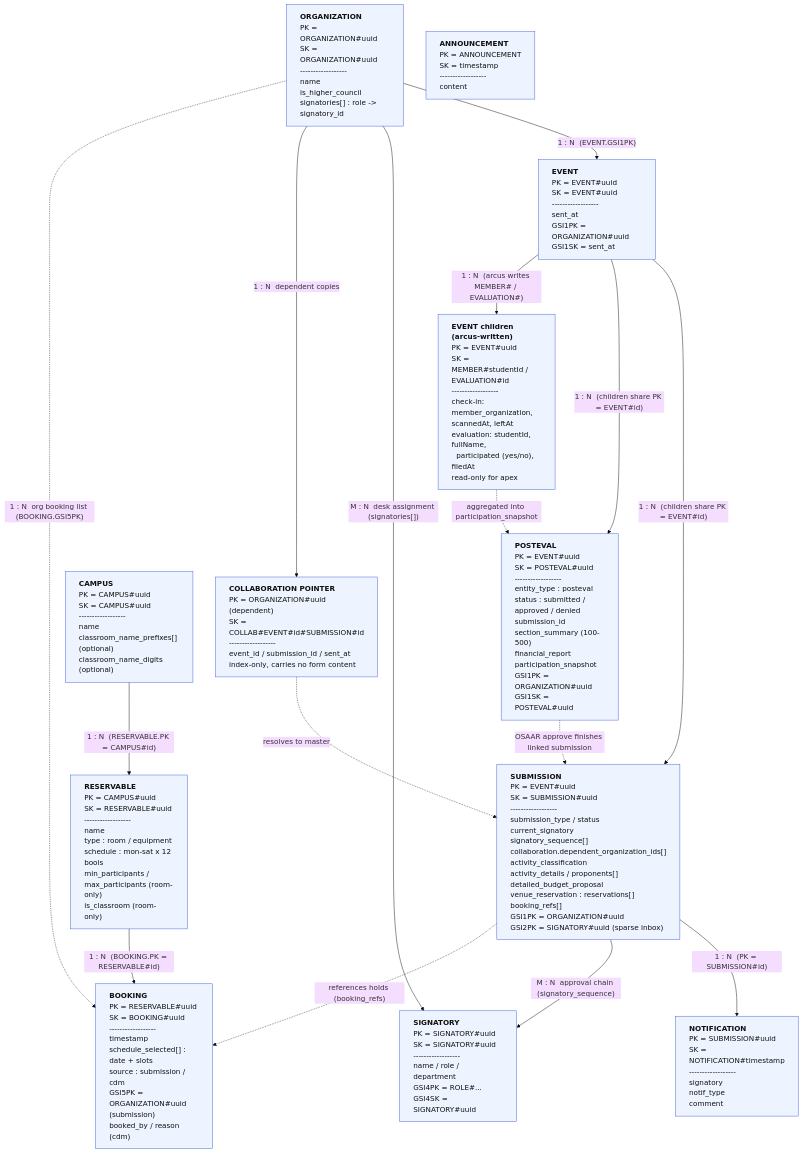
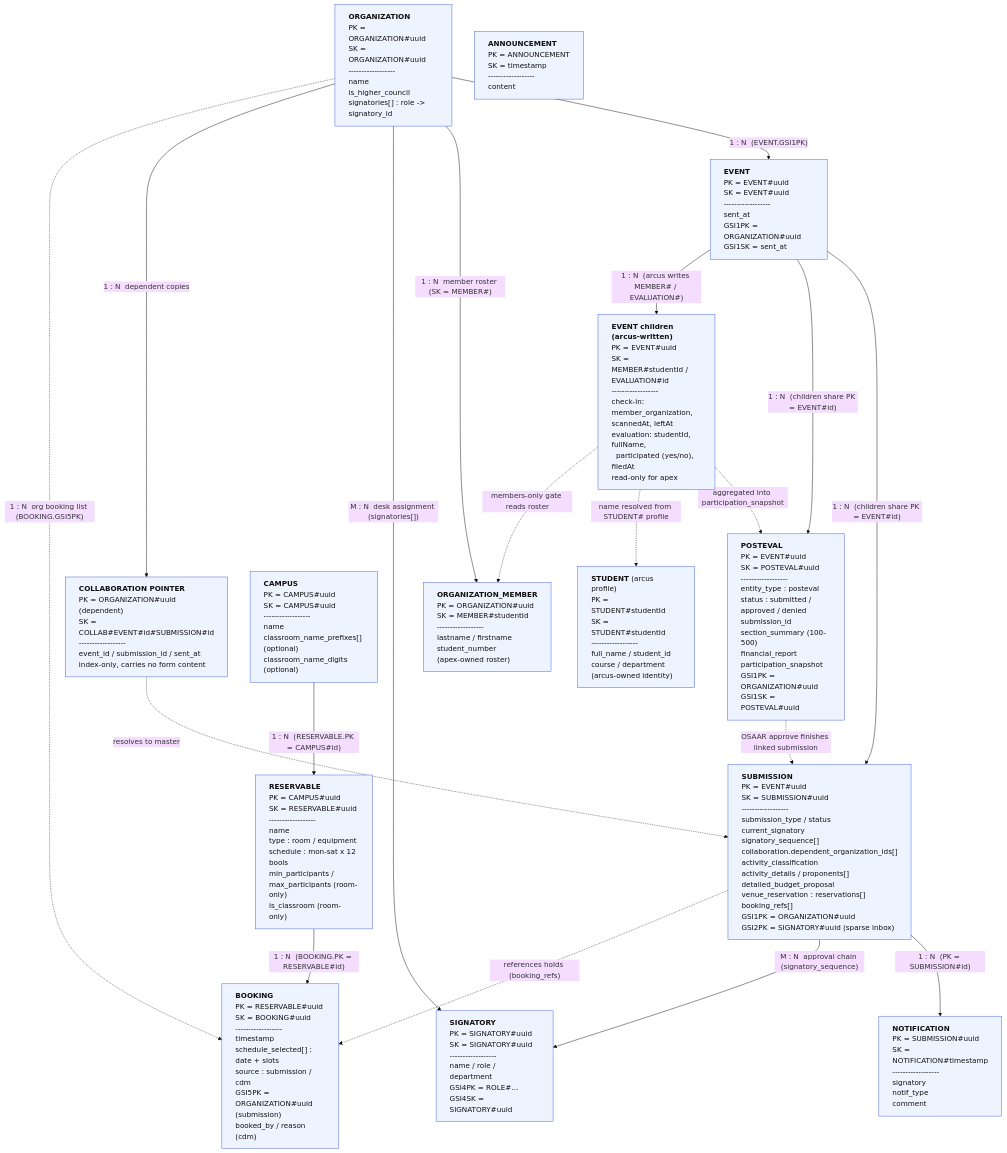
Before and after one commit to nomorepinto/mapua-apex: the diagram in docs/erd/erd.mmd, drawn with Mermaid (base theme). The commit also changed 35 other files, not shown here.

```diff
--- a/docs/erd/erd.mmd
+++ b/docs/erd/erd.mmd
@@ -1,50 +1,57 @@
 %% mapua-apex - Conceptual ERD (DynamoDB single-table design)
 %% Laid out top-down (graph TD) so the diagram renders vertically and fits
 %% an 8.5x11 portrait page without horizontal cut-off.
 %% Relationships are LOGICAL only: DynamoDB stores no foreign keys, IDs are
 %% copied onto items and resolved at write time.
 %% DEADLINE REMINDER is intentionally omitted (deprecated: orphaned read path,
 %% no producer). See "DynamoDB Schema.txt" -> Deprecated / removed objects.
 graph TD
     ORGANIZATION["<b>ORGANIZATION</b><br/>PK = ORGANIZATION#uuid<br/>SK = ORGANIZATION#uuid<br/>------------------<br/>name<br/>is_higher_council<br/>signatories[] : role -&gt; signatory_id"]
+
+    ORG_MEMBER["<b>ORGANIZATION_MEMBER</b><br/>PK = ORGANIZATION#uuid<br/>SK = MEMBER#studentId<br/>------------------<br/>lastname / firstname<br/>student_number<br/>(apex-owned roster)"]
 
     EVENT["<b>EVENT</b><br/>PK = EVENT#uuid<br/>SK = EVENT#uuid<br/>------------------<br/>sent_at<br/>GSI1PK = ORGANIZATION#uuid<br/>GSI1SK = sent_at"]
 
     SUBMISSION["<b>SUBMISSION</b><br/>PK = EVENT#uuid<br/>SK = SUBMISSION#uuid<br/>------------------<br/>submission_type / status<br/>current_signatory<br/>signatory_sequence[]<br/>collaboration.dependent_organization_ids[]<br/>activity_classification<br/>activity_details / proponents[]<br/>detailed_budget_proposal<br/>venue_reservation : reservations[]<br/>booking_refs[]<br/>GSI1PK = ORGANIZATION#uuid<br/>GSI2PK = SIGNATORY#uuid (sparse inbox)"]
 
     NOTIFICATION["<b>NOTIFICATION</b><br/>PK = SUBMISSION#uuid<br/>SK = NOTIFICATION#timestamp<br/>------------------<br/>signatory<br/>notif_type<br/>comment"]
 
     SIGNATORY["<b>SIGNATORY</b><br/>PK = SIGNATORY#uuid<br/>SK = SIGNATORY#uuid<br/>------------------<br/>name / role / department<br/>GSI4PK = ROLE#...<br/>GSI4SK = SIGNATORY#uuid"]
 
     COLLAB["<b>COLLABORATION POINTER</b><br/>PK = ORGANIZATION#uuid (dependent)<br/>SK = COLLAB#EVENT#id#SUBMISSION#id<br/>------------------<br/>event_id / submission_id / sent_at<br/>index-only, carries no form content"]
 
     ANNOUNCEMENT["<b>ANNOUNCEMENT</b><br/>PK = ANNOUNCEMENT<br/>SK = timestamp<br/>------------------<br/>content"]
 
     CAMPUS["<b>CAMPUS</b><br/>PK = CAMPUS#uuid<br/>SK = CAMPUS#uuid<br/>------------------<br/>name<br/>classroom_name_prefixes[] (optional)<br/>classroom_name_digits (optional)"]
 
     RESERVABLE["<b>RESERVABLE</b><br/>PK = CAMPUS#uuid<br/>SK = RESERVABLE#uuid<br/>------------------<br/>name<br/>type : room / equipment<br/>schedule : mon-sat x 12 bools<br/>min_participants / max_participants (room-only)<br/>is_classroom (room-only)"]
 
     BOOKING["<b>BOOKING</b><br/>PK = RESERVABLE#uuid<br/>SK = BOOKING#uuid<br/>------------------<br/>timestamp<br/>schedule_selected[] : date + slots<br/>source : submission / cdm<br/>GSI5PK = ORGANIZATION#uuid (submission)<br/>booked_by / reason (cdm)"]
 
     POSTEVAL["<b>POSTEVAL</b><br/>PK = EVENT#uuid<br/>SK = POSTEVAL#uuid<br/>------------------<br/>entity_type : posteval<br/>status : submitted / approved / denied<br/>submission_id<br/>section_summary (100-500)<br/>financial_report<br/>participation_snapshot<br/>GSI1PK = ORGANIZATION#uuid<br/>GSI1SK = POSTEVAL#uuid"]
 
     ARCUS_CHILD["<b>EVENT children (arcus-written)</b><br/>PK = EVENT#uuid<br/>SK = MEMBER#studentId / EVALUATION#id<br/>------------------<br/>check-in: member_organization, scannedAt, leftAt<br/>evaluation: studentId, fullName,<br/>&nbsp;&nbsp;participated (yes/no), filedAt<br/>read-only for apex"]
 
+    STUDENT["<b>STUDENT</b> (arcus profile)<br/>PK = STUDENT#studentId<br/>SK = STUDENT#studentId<br/>------------------<br/>full_name / student_id<br/>course / department<br/>(arcus-owned identity)"]
+
     ORGANIZATION -->|"1 : N &nbsp;(EVENT.GSI1PK)"| EVENT
+    ORGANIZATION -->|"1 : N &nbsp;member roster (SK = MEMBER#)"| ORG_MEMBER
     EVENT -->|"1 : N &nbsp;(children share PK = EVENT#id)"| SUBMISSION
     SUBMISSION -->|"1 : N &nbsp;(PK = SUBMISSION#id)"| NOTIFICATION
     ORGANIZATION -->|"M : N &nbsp;desk assignment (signatories[])"| SIGNATORY
     SUBMISSION -->|"M : N &nbsp;approval chain (signatory_sequence)"| SIGNATORY
     ORGANIZATION -->|"1 : N &nbsp;dependent copies"| COLLAB
     COLLAB -.->|"resolves to master"| SUBMISSION
     CAMPUS -->|"1 : N &nbsp;(RESERVABLE.PK = CAMPUS#id)"| RESERVABLE
     RESERVABLE -->|"1 : N &nbsp;(BOOKING.PK = RESERVABLE#id)"| BOOKING
     SUBMISSION -.->|"references holds (booking_refs)"| BOOKING
     ORGANIZATION -.->|"1 : N &nbsp;org booking list (BOOKING.GSI5PK)"| BOOKING
     EVENT -->|"1 : N &nbsp;(children share PK = EVENT#id)"| POSTEVAL
     EVENT -->|"1 : N &nbsp;(arcus writes MEMBER# / EVALUATION#)"| ARCUS_CHILD
     POSTEVAL -.->|"OSAAR approve finishes linked submission"| SUBMISSION
     ARCUS_CHILD -.->|"aggregated into participation_snapshot"| POSTEVAL
+    ARCUS_CHILD -.->|"name resolved from STUDENT# profile"| STUDENT
+    ARCUS_CHILD -.->|"members-only gate reads roster"| ORG_MEMBER
 
     classDef entity fill:#eef4ff,stroke:#3b5bdb,stroke-width:1px,color:#111111,text-align:left;
-    class ORGANIZATION,EVENT,SUBMISSION,NOTIFICATION,SIGNATORY,COLLAB,ANNOUNCEMENT,CAMPUS,RESERVABLE,BOOKING,POSTEVAL,ARCUS_CHILD entity;
+    class ORGANIZATION,ORG_MEMBER,EVENT,SUBMISSION,NOTIFICATION,SIGNATORY,COLLAB,ANNOUNCEMENT,CAMPUS,RESERVABLE,BOOKING,POSTEVAL,ARCUS_CHILD,STUDENT entity;
```
